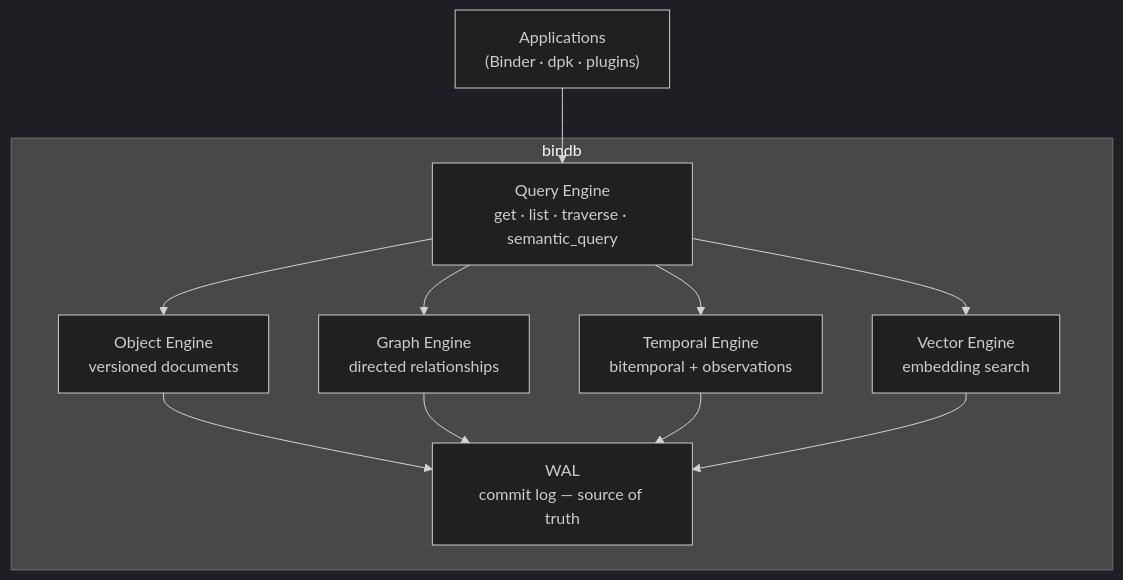
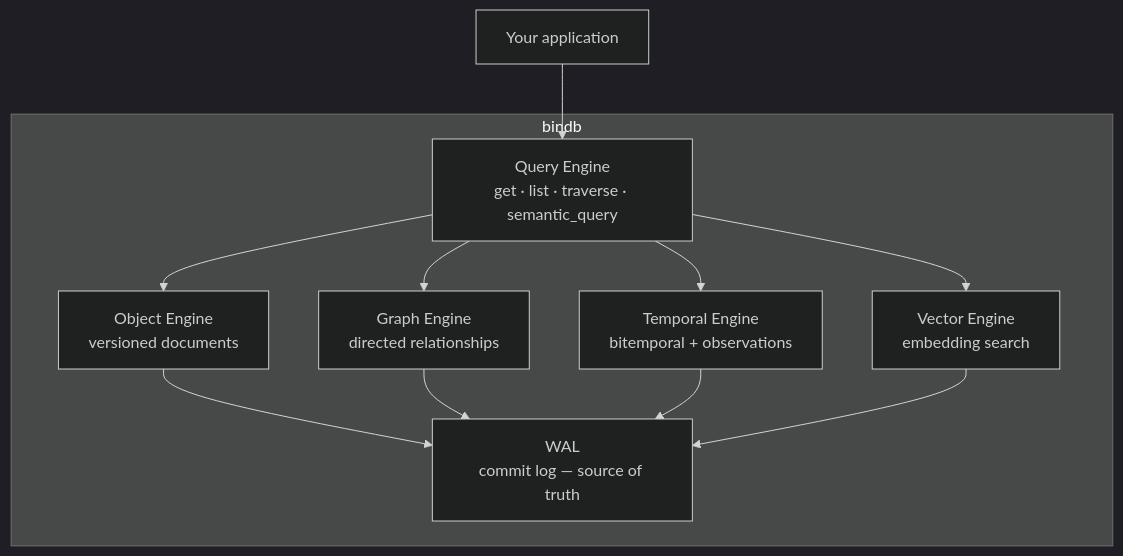
Before and after one commit to dpkimball/bindb: the first of 2 diagrams in README.md, drawn with Mermaid (dark theme). The commit also changed other lines of this file and 16 other files, not shown here.

````diff
--- a/README.md
+++ b/README.md
@@ -50,17 +52,17 @@
 ```mermaid
 graph TD
-    APP["Applications\n(Binder · dpk · plugins)"]
+    APP["Your application"]
 
     subgraph bindb
         OE["Object Engine\nversioned documents"]
         GE["Graph Engine\ndirected relationships"]
         TE["Temporal Engine\nbitemporal + observations"]
         VE["Vector Engine\nembedding search"]
         QE["Query Engine\nget · list · traverse · semantic_query"]
         WAL["WAL\ncommit log — source of truth"]
     end
 
     APP --> QE
     QE --> OE & GE & TE & VE
     OE & GE & TE & VE --> WAL
 ```
````
